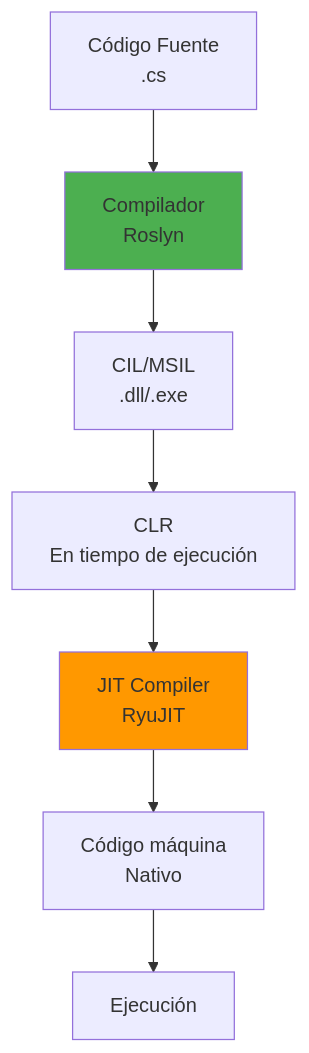
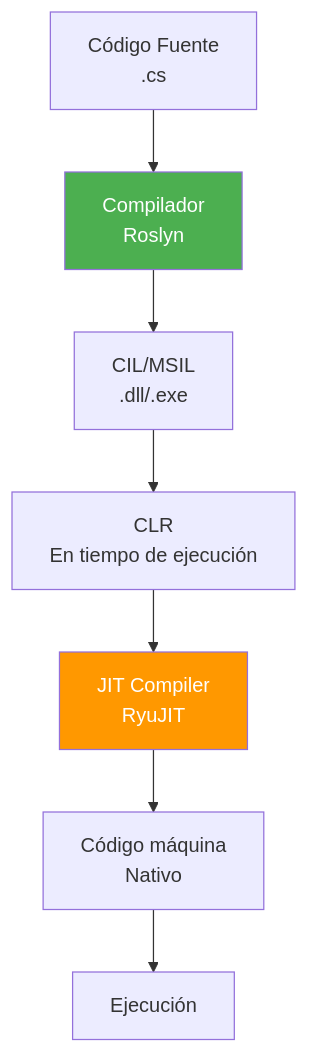
The fourth of 4 diagrams in csharp_inicial/03-Introduccioncsharp.md (joseluisgs/DesarrolloWebEntornosServidor-01-2026-2027), drawn with Mermaid before and after one commit. The commit also changed other lines of this file and 66 other files, not shown here.

First line of the commit message:
fix: normalizar titulos al castellano de frase y corregir la paleta de mermaid

````diff
--- a/csharp_inicial/03-Introduccioncsharp.md
+++ b/csharp_inicial/03-Introduccioncsharp.md
@@ -153,12 +153,12 @@
 ```mermaid
 flowchart TD
     A["Código Fuente<br/>.cs"] --> B["Compilador<br/>Roslyn"]
     B --> C["CIL/MSIL<br/>.dll/.exe"]
     C --> D["CLR<br/>En tiempo de ejecución"]
     D --> E["JIT Compiler<br/>RyuJIT"]
     E --> F["Código máquina<br/>Nativo"]
     F --> G["Ejecución"]
     
-    style B fill:#4CAF50
-    style E fill:#FF9800
+    style B fill:#4CAF50,color:#fff
+    style E fill:#FF9800,color:#fff
 ```
````
